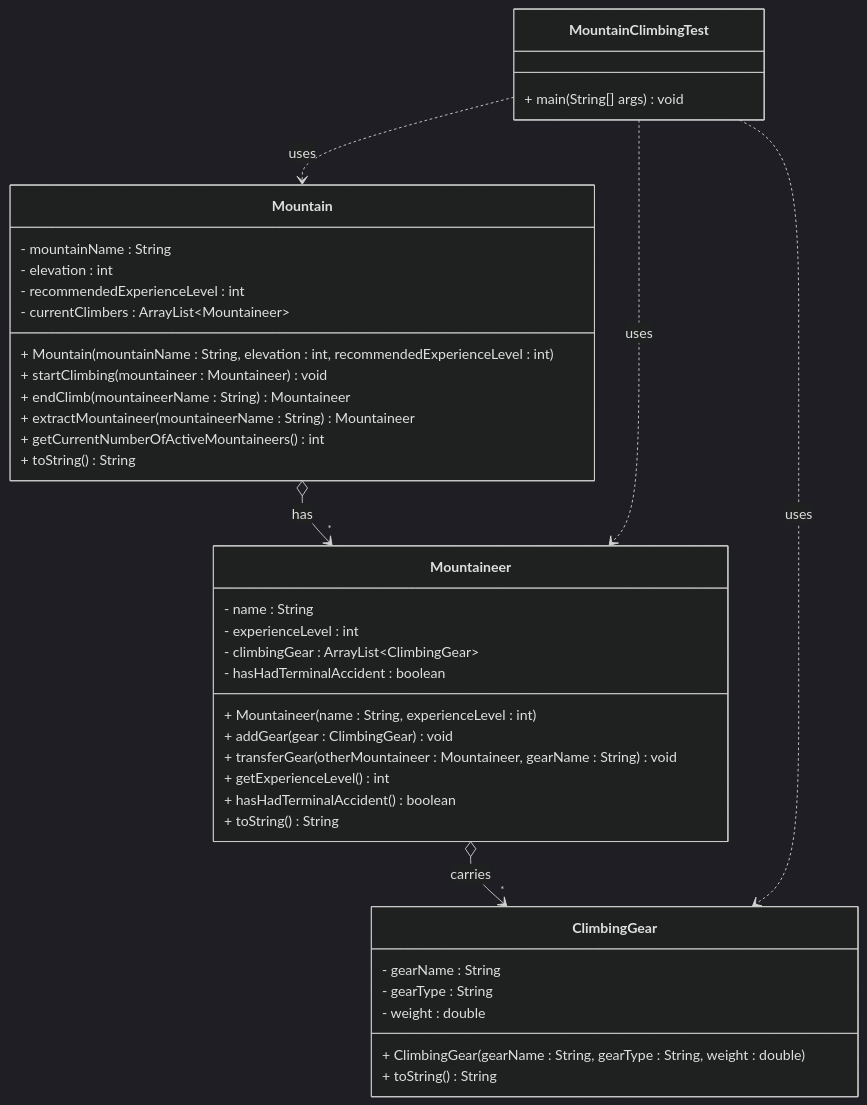
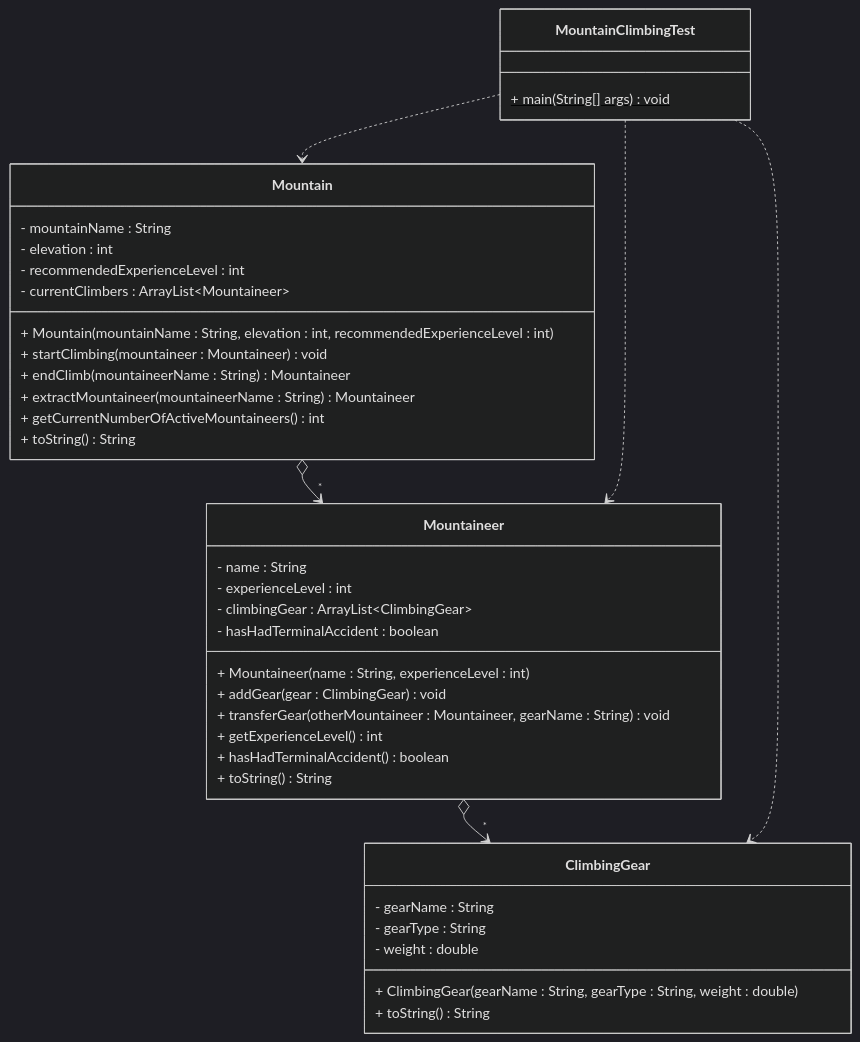
Before and after one commit to TroelsMortensen/Codelabs2: the diagram in Articles/Session 12 - One to Many/011 Exercise - Moutaineering.md, drawn with Mermaid (dark theme). The commit also changed 6 other files, not shown here.

````diff
--- a/Articles/Session 12 - One to Many/011 Exercise - Moutaineering.md
+++ b/Articles/Session 12 - One to Many/011 Exercise - Moutaineering.md
@@ -13,46 +13,46 @@
 ```mermaid
 classDiagram
     class Mountain {
         - mountainName : String
         - elevation : int
         - recommendedExperienceLevel : int
         - currentClimbers : ArrayList~Mountaineer~
         + Mountain(mountainName : String, elevation : int, recommendedExperienceLevel : int)
         + startClimbing(mountaineer : Mountaineer) void
         + endClimb(mountaineerName : String) Mountaineer
         + extractMountaineer(mountaineerName : String) Mountaineer
         + getCurrentNumberOfActiveMountaineers() int
         + toString() String
     }
     
     class Mountaineer {
         - name : String
         - experienceLevel : int
         - climbingGear : ArrayList~ClimbingGear~
         - hasHadTerminalAccident : boolean
         + Mountaineer(name : String, experienceLevel : int)
         + addGear(gear : ClimbingGear) void
         + transferGear(otherMountaineer : Mountaineer, gearName : String) void
         + getExperienceLevel() int
         + hasHadTerminalAccident() boolean
         + toString() String
     }
     
     class ClimbingGear {
         - gearName : String
         - gearType : String
         - weight : double
         + ClimbingGear(gearName : String, gearType : String, weight : double)
         + toString() String
     }
     
     class MountainClimbingTest {
-        + main(String[] args) void
+        + main(String[] args) void$
     }
     
-    Mountain o--> "*" Mountaineer : has
-    Mountaineer o--> "*" ClimbingGear : carries
-    MountainClimbingTest ..> Mountain : uses
-    MountainClimbingTest ..> Mountaineer : uses
-    MountainClimbingTest ..> ClimbingGear : uses
+    Mountain o--> "*" Mountaineer
+    Mountaineer o--> "*" ClimbingGear
+    MountainClimbingTest ..> Mountain
+    MountainClimbingTest ..> Mountaineer
+    MountainClimbingTest ..> ClimbingGear
 ```
````
